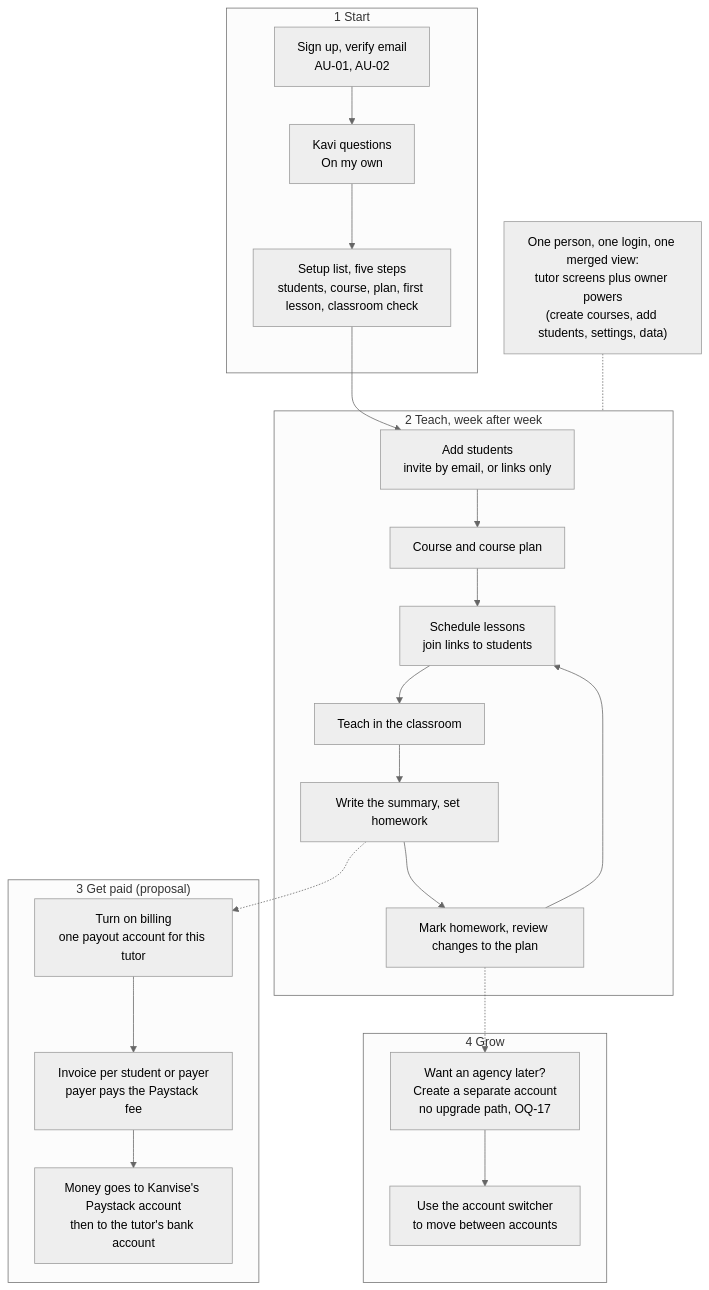
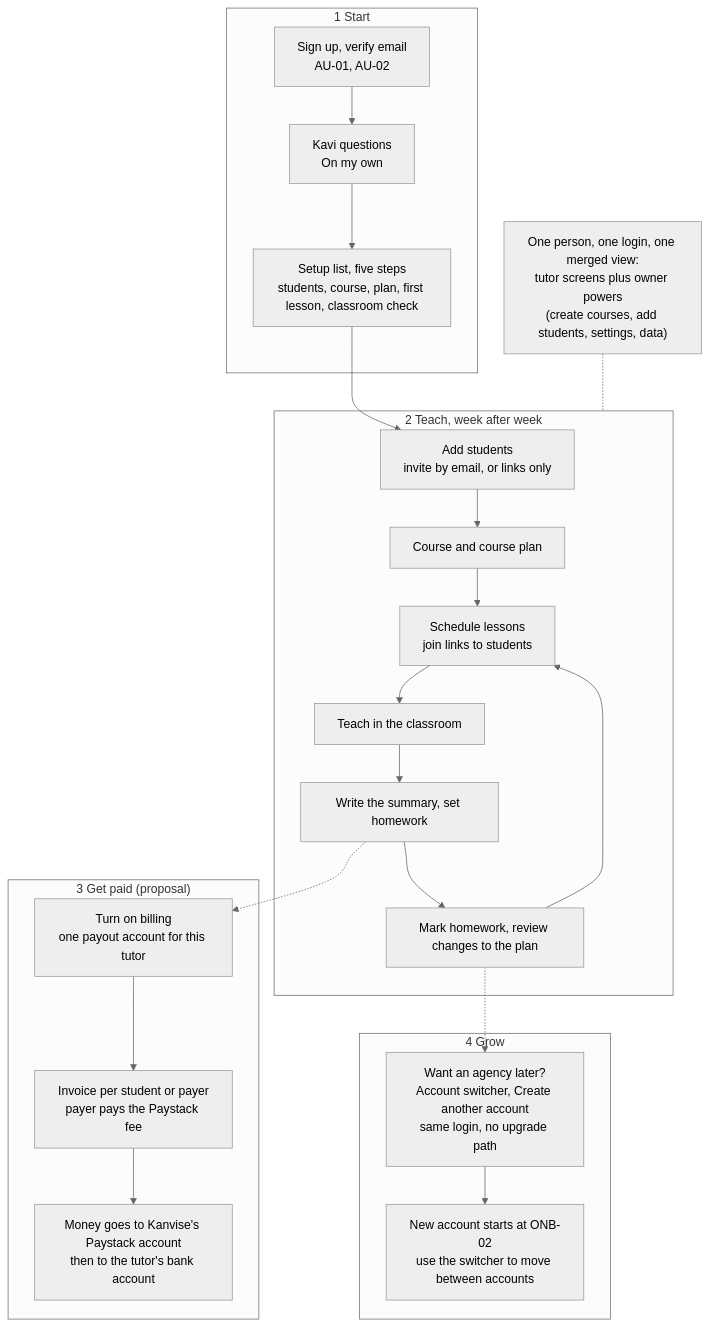
The diagram in docs/design/user-flows/diagrams/src/17-independent-journey.mmd (KingUsang/Kanvise), drawn with Mermaid (neutral theme) before and after one commit. The commit also changed 7 other files, not shown here.

Commit message:
docs(design): add Create another account to the account switcher (D-34, ONB-12)

```diff
--- a/docs/design/user-flows/diagrams/src/17-independent-journey.mmd
+++ b/docs/design/user-flows/diagrams/src/17-independent-journey.mmd
@@ -1,25 +1,25 @@
 flowchart TD
   subgraph S1["1 Start"]
     A1["Sign up, verify email<br/>AU-01, AU-02"] --> A2["Kavi questions<br/>On my own"]
     A2 --> A3["Setup list, five steps<br/>students, course, plan, first lesson, classroom check"]
   end
   subgraph S2["2 Teach, week after week"]
     B1["Add students<br/>invite by email, or links only"] --> B2["Course and course plan"]
     B2 --> B3["Schedule lessons<br/>join links to students"]
     B3 --> B4["Teach in the classroom"]
     B4 --> B5["Write the summary, set homework"]
     B5 --> B6["Mark homework, review changes to the plan"]
     B6 --> B3
   end
   subgraph S3["3 Get paid (proposal)"]
     C1["Turn on billing<br/>one payout account for this tutor"] --> C2["Invoice per student or payer<br/>payer pays the Paystack fee"]
     C2 --> C3["Money goes to Kanvise's Paystack account<br/>then to the tutor's bank account"]
   end
   subgraph S4["4 Grow"]
-    D1["Want an agency later?<br/>Create a separate account<br/>no upgrade path, OQ-17"] --> D2["Use the account switcher<br/>to move between accounts"]
+    D1["Want an agency later?<br/>Account switcher, Create another account<br/>same login, no upgrade path"] --> D2["New account starts at ONB-02<br/>use the switcher to move between accounts"]
   end
   A3 --> B1
   B5 -.-> C1
   B6 -.-> D1
   X["One person, one login, one merged view:<br/>tutor screens plus owner powers<br/>(create courses, add students, settings, data)"]
   X -.- S2
```
